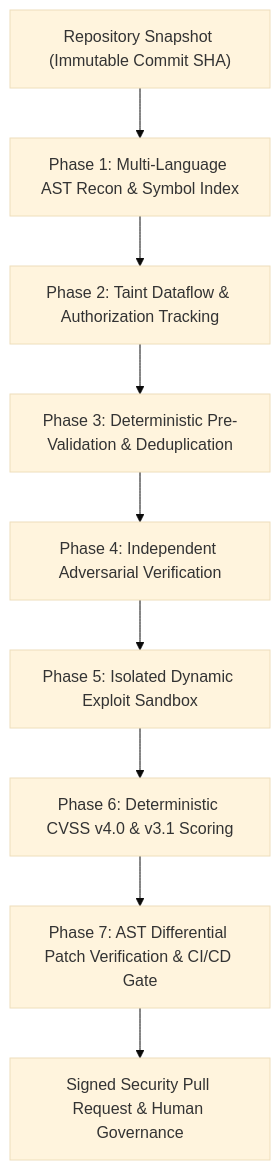
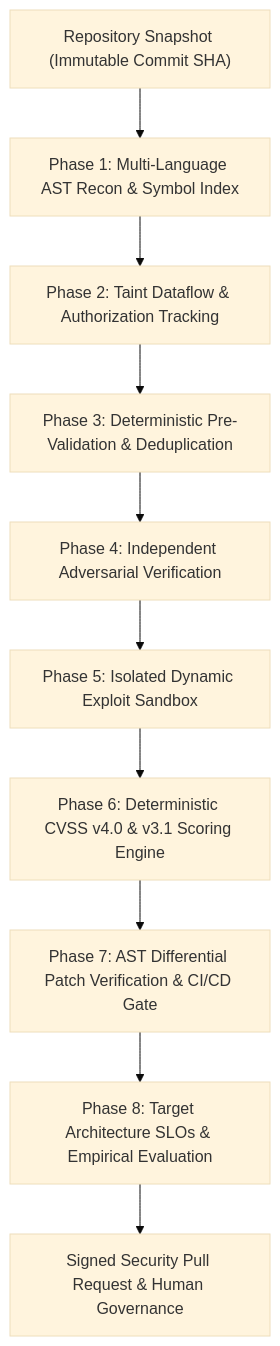
Before and after one commit to vyas-1234/aiarchitect-vault: the first of 2 diagrams in blueprints/cloudflare_security_audit_blueprint.md, drawn with Mermaid (base theme). The commit also changed other lines of this file, not shown here.

Commit message:
docs(vault): publish cloudflare_security_audit_blueprint.md systems specification

````diff
--- a/blueprints/cloudflare_security_audit_blueprint.md
+++ b/blueprints/cloudflare_security_audit_blueprint.md
@@ -19,11 +19,12 @@
 ```mermaid
 flowchart TD
     Repo["Repository Snapshot (Immutable Commit SHA)"] --> P1["Phase 1: Multi-Language AST Recon & Symbol Index"]
     P1 --> P2["Phase 2: Taint Dataflow & Authorization Tracking"]
     P2 --> P3["Phase 3: Deterministic Pre-Validation & Deduplication"]
     P3 --> P4["Phase 4: Independent Adversarial Verification"]
     P4 --> P5["Phase 5: Isolated Dynamic Exploit Sandbox"]
-    P5 --> P6["Phase 6: Deterministic CVSS v4.0 & v3.1 Scoring"]
+    P5 --> P6["Phase 6: Deterministic CVSS v4.0 & v3.1 Scoring Engine"]
     P6 --> P7["Phase 7: AST Differential Patch Verification & CI/CD Gate"]
-    P7 --> PR["Signed Security Pull Request & Human Governance"]
+    P7 --> P8["Phase 8: Target Architecture SLOs & Empirical Evaluation"]
+    P8 --> PR["Signed Security Pull Request & Human Governance"]
 ```
````
